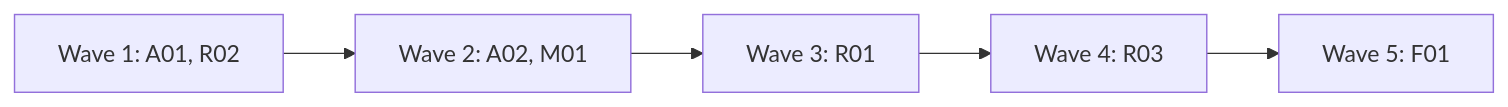
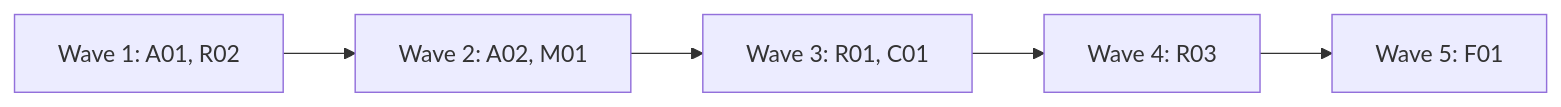
Before and after one commit to alfhen/agent-pr-pipeline: the diagram in docs/plan-0.4.0.md, drawn with Mermaid. The commit also changed other lines of this file, not shown here.

````diff
--- a/docs/plan-0.4.0.md
+++ b/docs/plan-0.4.0.md
@@ -51,4 +53,4 @@
 ```mermaid
 flowchart LR
-  W1[Wave 1: A01, R02] --> W2[Wave 2: A02, M01] --> W3[Wave 3: R01] --> W4[Wave 4: R03] --> W5[Wave 5: F01]
+  W1[Wave 1: A01, R02] --> W2[Wave 2: A02, M01] --> W3[Wave 3: R01, C01] --> W4[Wave 4: R03] --> W5[Wave 5: F01]
 ```
````
